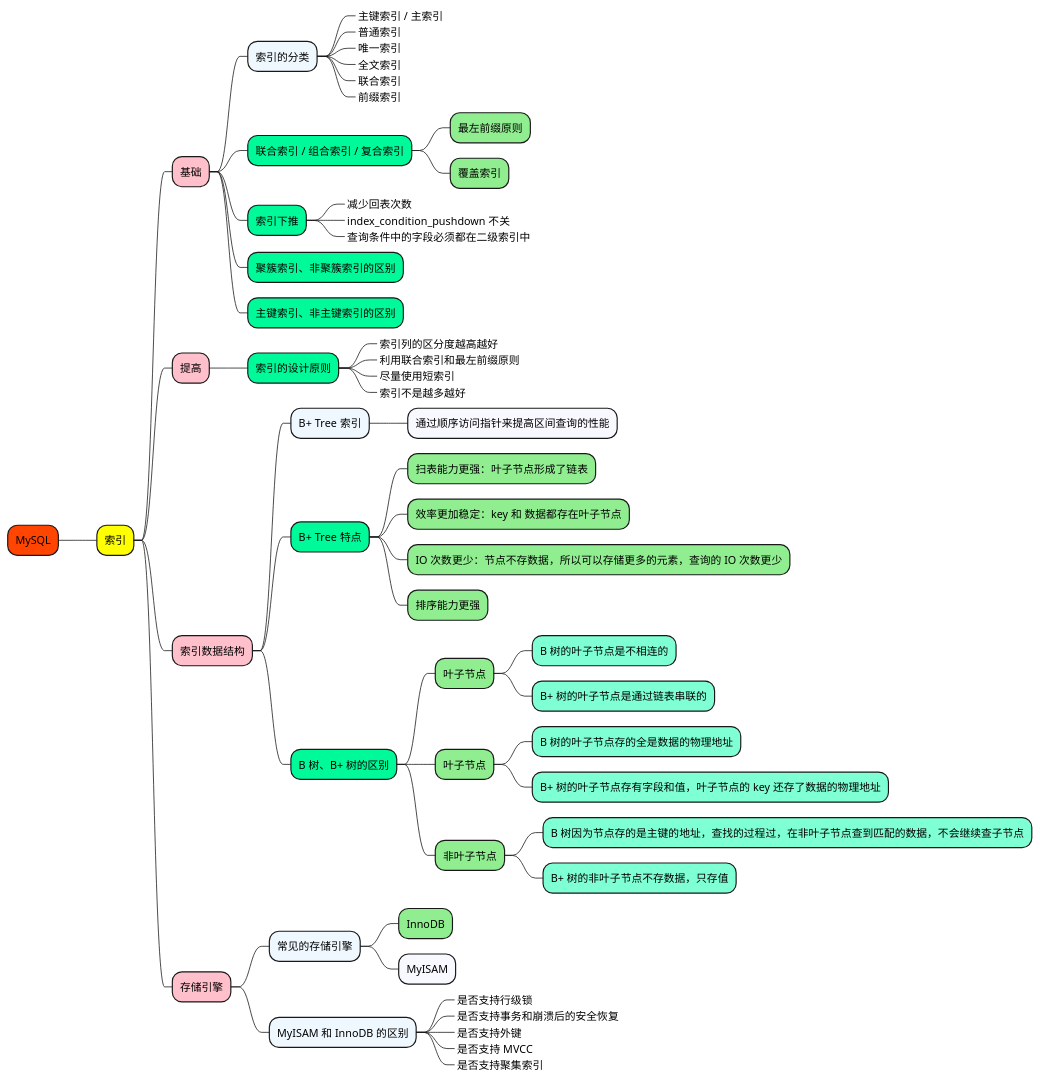
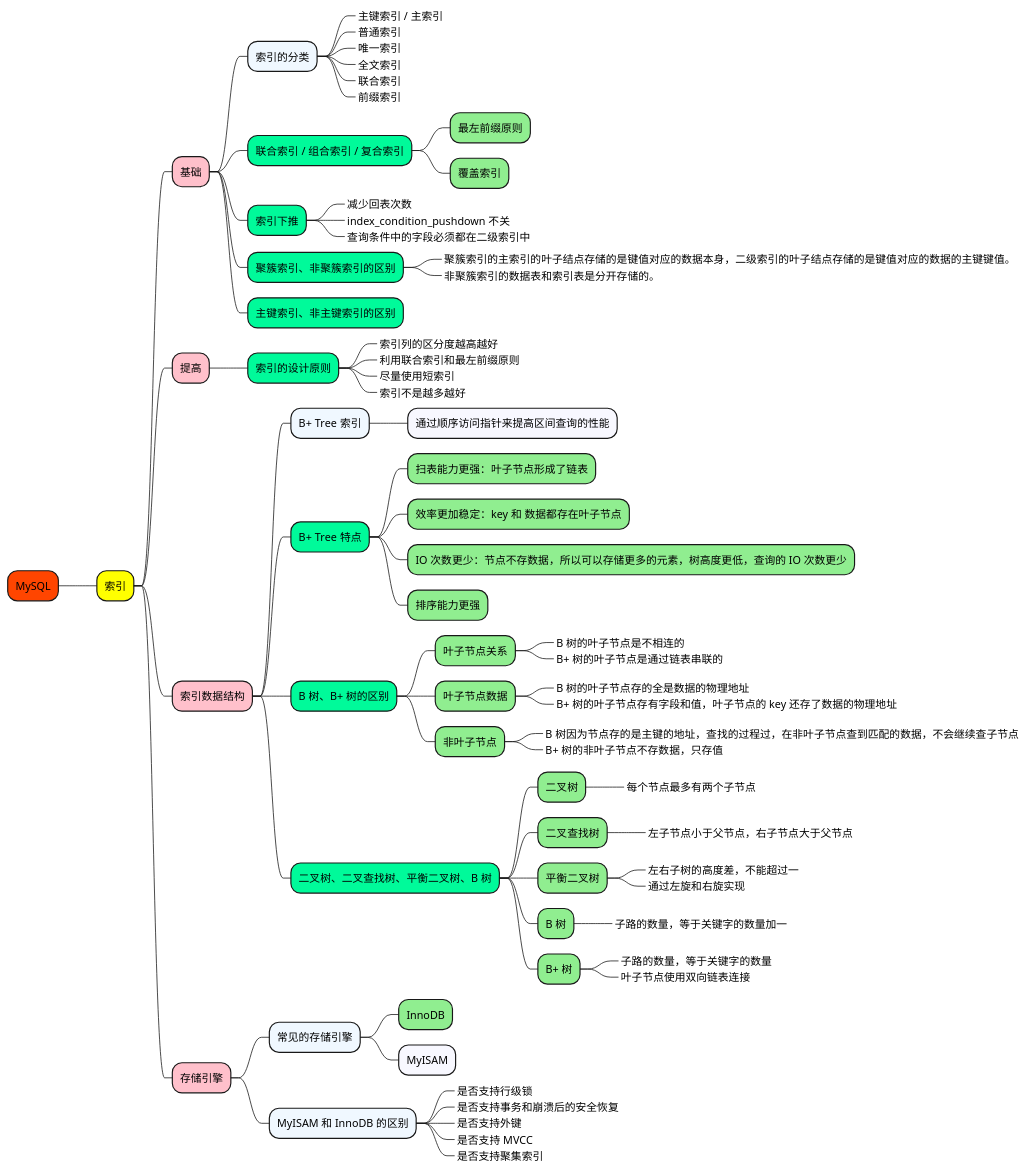
The diagram in 1_map/4-database/MySQL-索引.puml (doveg/self-cultivation-of-a-software-engineer), drawn with PlantUML before and after one commit. The commit also changed 11 other files, not shown here.

```diff
--- a/1_map/4-database/MySQL-索引.puml
+++ b/1_map/4-database/MySQL-索引.puml
@@ -1,77 +1,97 @@
 @startmindmap
 
 +[#OrangeRed] MySQL
 
 ++[#yellow] 索引
 
 +++[#Pink] 基础
 
 ++++[#AliceBlue] 索引的分类
 +++++[#GhostWhite]_ 主键索引 / 主索引
 +++++[#GhostWhite]_ 普通索引
 +++++[#GhostWhite]_ 唯一索引
 +++++[#GhostWhite]_ 全文索引
 +++++[#GhostWhite]_ 联合索引
 +++++[#GhostWhite]_ 前缀索引
 
 ++++[#MediumSpringGreen] 联合索引 / 组合索引 / 复合索引
 +++++[#LightGreen] 最左前缀原则
 +++++[#LightGreen] 覆盖索引
 
 ++++[#MediumSpringGreen] 索引下推
 +++++[#LightGreen]_ 减少回表次数
 +++++[#LightGreen]_ index_condition_pushdown 不关
 +++++[#LightGreen]_ 查询条件中的字段必须都在二级索引中
 
 ++++[#MediumSpringGreen] 聚簇索引、非聚簇索引的区别
++++++[#LightGreen]_ 聚簇索引的主索引的叶子结点存储的是键值对应的数据本身，二级索引的叶子结点存储的是键值对应的数据的主键键值。
++++++[#LightGreen]_ 非聚簇索引的数据表和索引表是分开存储的。
 
 ++++[#MediumSpringGreen] 主键索引、非主键索引的区别
 
 
 +++[#Pink] 提高
 
 ++++[#MediumSpringGreen] 索引的设计原则
 +++++[#LightGreen]_ 索引列的区分度越高越好
 +++++[#LightGreen]_ 利用联合索引和最左前缀原则
 +++++[#LightGreen]_ 尽量使用短索引
 +++++[#LightGreen]_ 索引不是越多越好
 
 
 +++[#Pink] 索引数据结构
 
 ++++[#AliceBlue] B+ Tree 索引
 +++++[#GhostWhite] 通过顺序访问指针来提高区间查询的性能
 
 ++++[#MediumSpringGreen] B+ Tree 特点
 +++++[#LightGreen] 扫表能力更强：叶子节点形成了链表
 +++++[#LightGreen] 效率更加稳定：key 和 数据都存在叶子节点
-+++++[#LightGreen] IO 次数更少：节点不存数据，所以可以存储更多的元素，查询的 IO 次数更少
++++++[#LightGreen] IO 次数更少：节点不存数据，所以可以存储更多的元素，树高度更低，查询的 IO 次数更少
 +++++[#LightGreen] 排序能力更强
 
 ++++[#MediumSpringGreen] B 树、B+ 树的区别
-+++++[#LightGreen] 叶子节点
-++++++[#Aquamarine] B 树的叶子节点是不相连的
-++++++[#Aquamarine] B+ 树的叶子节点是通过链表串联的
-+++++[#LightGreen] 叶子节点
-++++++[#Aquamarine] B 树的叶子节点存的全是数据的物理地址
-++++++[#Aquamarine] B+ 树的叶子节点存有字段和值，叶子节点的 key 还存了数据的物理地址
++++++[#LightGreen] 叶子节点关系
+++++++[#Aquamarine]_ B 树的叶子节点是不相连的
+++++++[#Aquamarine]_ B+ 树的叶子节点是通过链表串联的
++++++[#LightGreen] 叶子节点数据
+++++++[#Aquamarine]_ B 树的叶子节点存的全是数据的物理地址
+++++++[#Aquamarine]_ B+ 树的叶子节点存有字段和值，叶子节点的 key 还存了数据的物理地址
 +++++[#LightGreen] 非叶子节点
-++++++[#Aquamarine] B 树因为节点存的是主键的地址，查找的过程过，在非叶子节点查到匹配的数据，不会继续查子节点
-++++++[#Aquamarine] B+ 树的非叶子节点不存数据，只存值
+++++++[#Aquamarine]_ B 树因为节点存的是主键的地址，查找的过程过，在非叶子节点查到匹配的数据，不会继续查子节点
+++++++[#Aquamarine]_ B+ 树的非叶子节点不存数据，只存值
+
+
+++++[#MediumSpringGreen] 二叉树、二叉查找树、平衡二叉树、B 树
++++++[#LightGreen] 二叉树
+++++++[#Aquamarine]_ 每个节点最多有两个子节点
++++++[#LightGreen] 二叉查找树
+++++++[#Aquamarine]_ 左子节点小于父节点，右子节点大于父节点
++++++[#LightGreen] 平衡二叉树
+++++++[#Aquamarine]_ 左右子树的高度差，不能超过一
+++++++[#Aquamarine]_ 通过左旋和右旋实现
++++++[#LightGreen] B 树
+++++++[#Aquamarine]_ 子路的数量，等于关键字的数量加一
++++++[#LightGreen] B+ 树
+++++++[#Aquamarine]_ 子路的数量，等于关键字的数量
+++++++[#Aquamarine]_ 叶子节点使用双向链表连接
+
+
+
 
 
 +++[#Pink] 存储引擎
 
 ++++[#AliceBlue] 常见的存储引擎
 +++++[#LightGreen] InnoDB
 +++++[#GhostWhite] MyISAM
 
 ++++[#AliceBlue] MyISAM 和 InnoDB 的区别
 +++++[#GhostWhite]_ 是否支持行级锁
 +++++[#GhostWhite]_ 是否支持事务和崩溃后的安全恢复
 +++++[#GhostWhite]_ 是否支持外键
 +++++[#GhostWhite]_ 是否支持 MVCC
 +++++[#GhostWhite]_ 是否支持聚集索引
 
 
 @endmindmap
```
